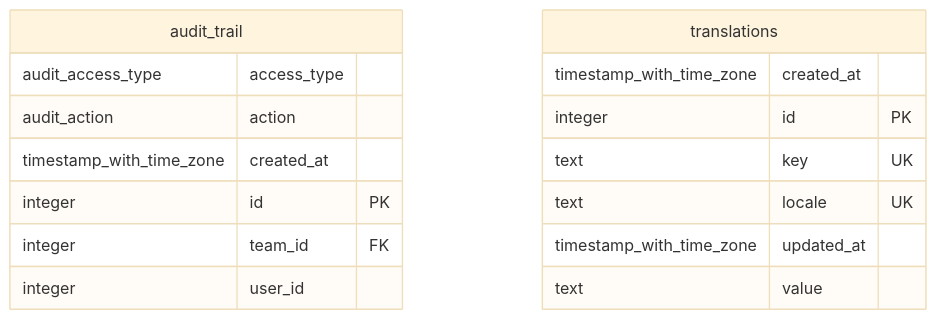
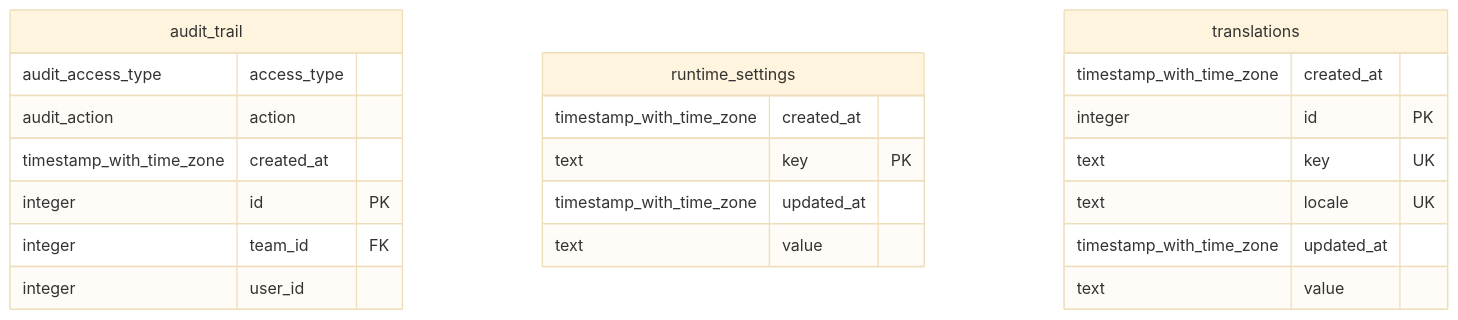
Before and after one commit to bionic-gpt/bionic-gpt: the ninth of 10 diagrams in crates/db/README.md, drawn with Mermaid (base theme). The commit also changed other lines of this file and 27 other files, not shown here.

````diff
--- a/crates/db/README.md
+++ b/crates/db/README.md
@@ -468,20 +451,27 @@
 ```mermaid
 erDiagram
     audit_trail {
         audit_access_type access_type 
         audit_action action 
         timestamp_with_time_zone created_at 
         integer id PK 
         integer team_id FK 
         integer user_id 
     }
 
+    runtime_settings {
+        timestamp_with_time_zone created_at 
+        text key PK 
+        timestamp_with_time_zone updated_at 
+        text value 
+    }
+
     translations {
         timestamp_with_time_zone created_at 
         integer id PK 
         text key UK 
         text locale UK 
         timestamp_with_time_zone updated_at 
         text value 
     }
 ```
````
